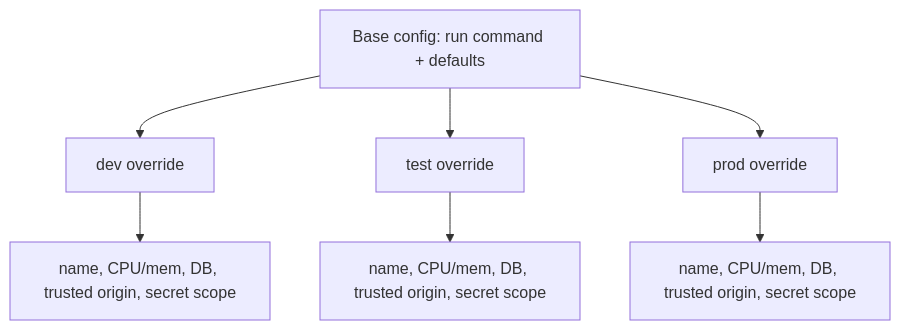
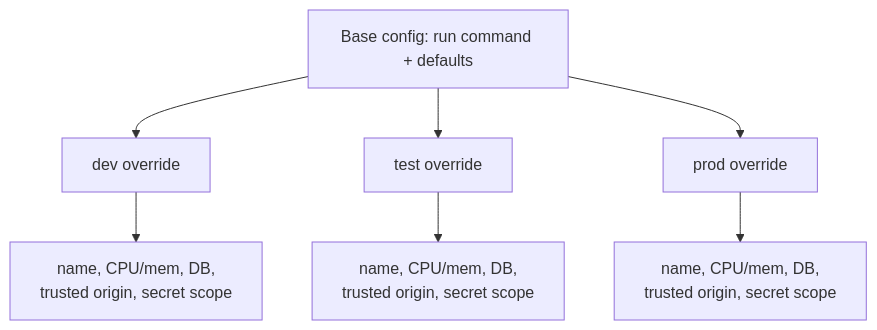
Before and after one commit to MihirUpasani/MihirUpasani.github.io: the eighth of 10 diagrams in src/content/blog/pushing-the-limits-of-databricks-apps.md, drawn with Mermaid. The commit also changed other lines of this file and 2 other files, not shown here.

````diff
--- a/src/content/blog/pushing-the-limits-of-databricks-apps.md
+++ b/src/content/blog/pushing-the-limits-of-databricks-apps.md
@@ -327,10 +329,10 @@
 ```mermaid
 flowchart TB
     Base["Base config: run command + defaults"]
     Base --> Dev["dev override"]
     Base --> Test["test override"]
     Base --> Prod["prod override"]
-    Dev --> DevV["name, CPU/mem, DB, trusted origin, secret scope"]
-    Test --> TestV["name, CPU/mem, DB, trusted origin, secret scope"]
-    Prod --> ProdV["name, CPU/mem, DB, trusted origin, secret scope"]
+    Dev --> DevV["name, CPU/mem, DB,<br/>trusted origin, secret scope"]
+    Test --> TestV["name, CPU/mem, DB,<br/>trusted origin, secret scope"]
+    Prod --> ProdV["name, CPU/mem, DB,<br/>trusted origin, secret scope"]
 ```
````
